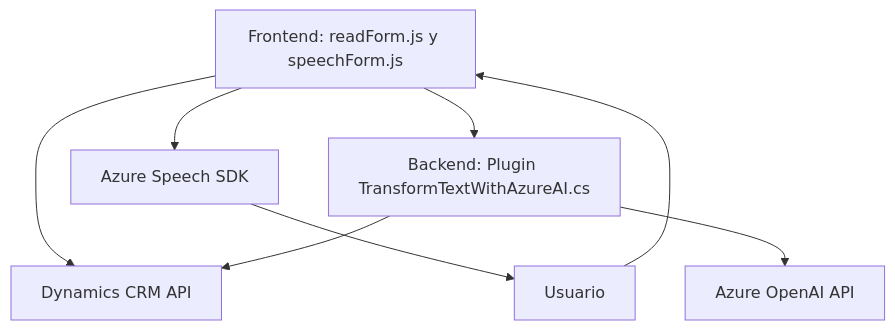
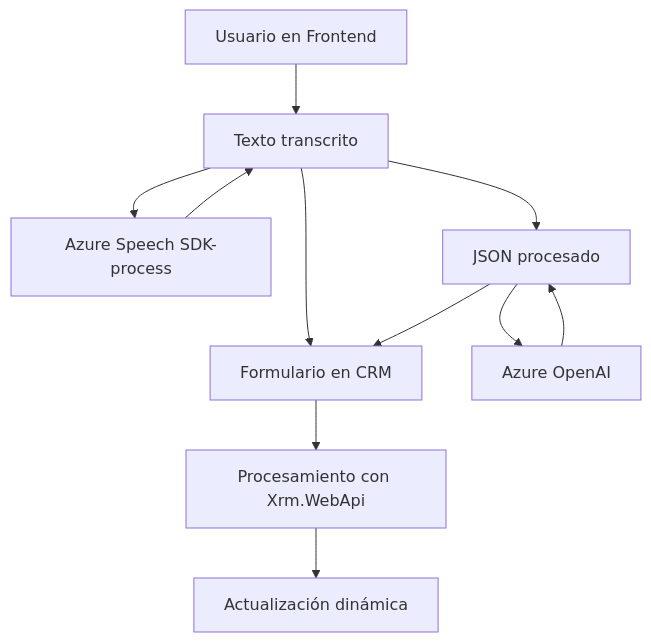
One commit to blopezdm/NETCORE_BILBAO2025 changed the diagram in README.md. Above: the diagram before and after it, drawn with Mermaid. The commit also changed other lines of this file, not shown here.

Commit message:
Actualizar análisis global de la solución con IA

````diff
--- a/README.md
+++ b/README.md
@@ -38,17 +46,13 @@
 ```mermaid
 graph TD
-    A["Frontend: readForm.js y speechForm.js"]
-    B["Backend: Plugin TransformTextWithAzureAI.cs"]
-    C["Azure Speech SDK"]
-    D["Dynamics CRM API"]
-    E["Azure OpenAI API"]
-    F["Usuario"]
-
-    F --> A
-    A --> D
-    A --> C
-    A --> B
-    B --> D
-    B --> E
-    C["Azure Speech SDK"] --> F
+    A["Usuario en Frontend"] --> B["JavaScript voiceInput.js"]
+    B --> C["Azure Speech SDK-process"]
+    C --> B["Texto transcrito"]
+    B --> D["Formulario en CRM"]
+    D --> E["Procesamiento con Xrm.WebApi"]
+    E --> F["Actualización dinámica"]
+    B --> G["CallCustomApi"]
+    G --> H["Azure OpenAI"]
+    H --> G["JSON procesado"]
+    G --> D
 ```
````
